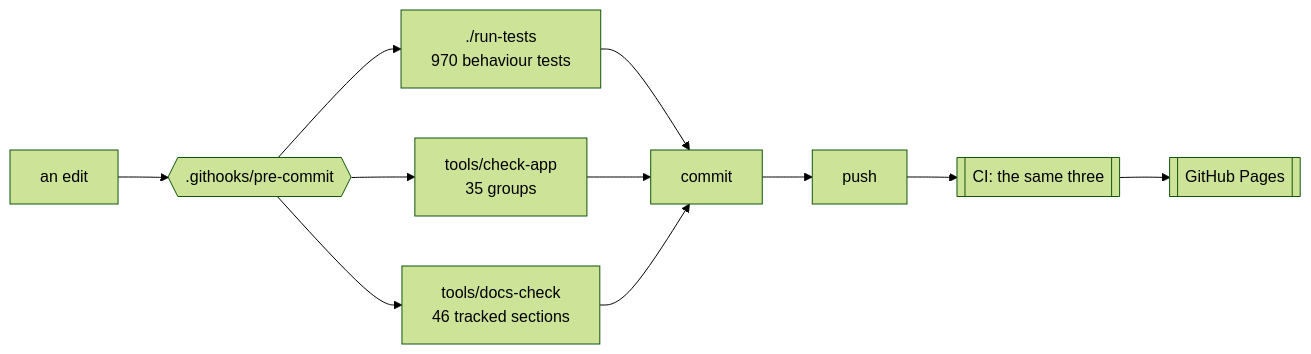
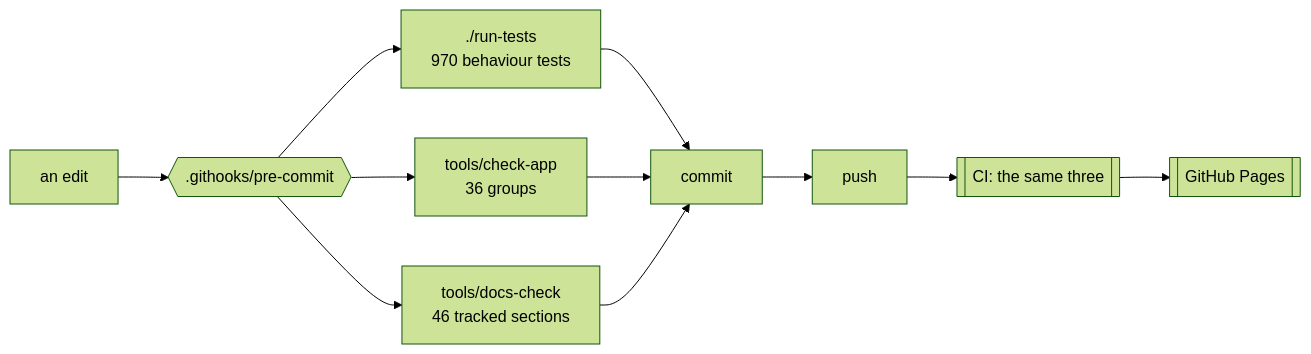
One commit to minormending/crystal-pilot-mobile changed the first of 3 diagrams in docs/DEVELOPING.md. Above: the diagram before and after it, drawn with Mermaid (forest theme). The commit also changed other lines of this file and 7 other files, not shown here.

````diff
--- a/docs/DEVELOPING.md
+++ b/docs/DEVELOPING.md
@@ -15,12 +15,12 @@
 ```mermaid
 flowchart LR
     E[an edit] --> H{{".githooks/pre-commit"}}
     H --> T["./run-tests<br/>970 behaviour tests"]
-    H --> C["tools/check-app<br/>35 groups"]
+    H --> C["tools/check-app<br/>36 groups"]
     H --> D["tools/docs-check<br/>46 tracked sections"]
     T --> OK[commit]
     C --> OK
     D --> OK
     OK --> P[push] --> CI[["CI: the same three"]]
     CI --> PG[[GitHub Pages]]
 ```
````
